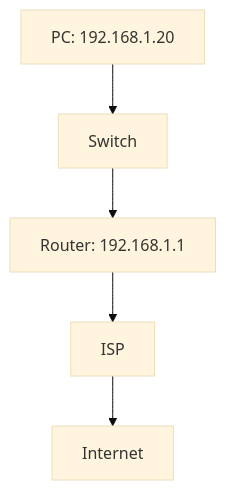
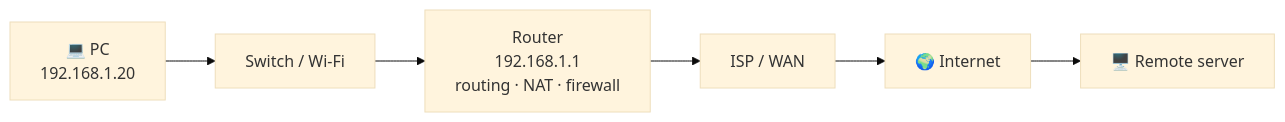
One commit to RyanM-Dev/My-Summery changed the first of 12 diagrams in DevOps/NaNa/Linux/6. Networking Fundamentals.md. Above: the diagram before and after it, drawn with Mermaid (base theme). The commit also changed other lines of this file and 16 other files, not shown here.

````diff
--- a/DevOps/NaNa/Linux/6. Networking Fundamentals.md
+++ b/DevOps/NaNa/Linux/6. Networking Fundamentals.md
@@ -379,12 +44,8 @@
 ```mermaid
-flowchart TD
-    N0["PC: 192.168.1.20"]
-    N1["Switch"]
-    N2["Router: 192.168.1.1"]
-    N3["ISP"]
-    N4["Internet"]
-    N0 --> N1
-    N1 --> N2
-    N2 --> N3
-    N3 --> N4
+flowchart LR
+    PC["💻 PC\n192.168.1.20"] --> SW["Switch / Wi-Fi"]
+    SW --> R["Router\n192.168.1.1\nrouting · NAT · firewall"]
+    R --> ISP["ISP / WAN"]
+    ISP --> NET["🌍 Internet"]
+    NET --> S["🖥️ Remote server"]
 ```
````
